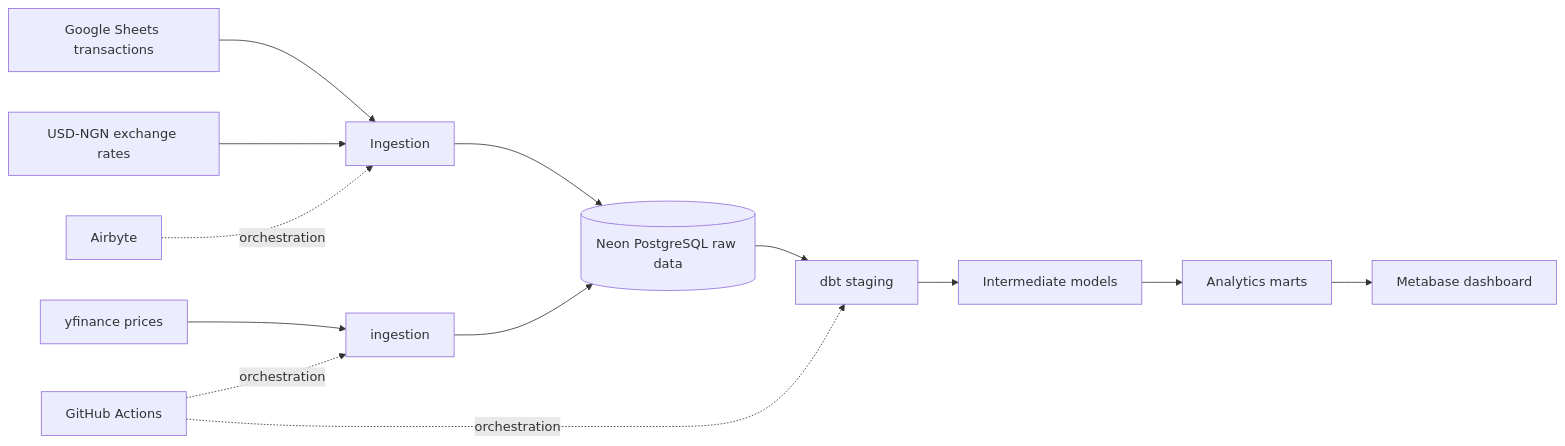
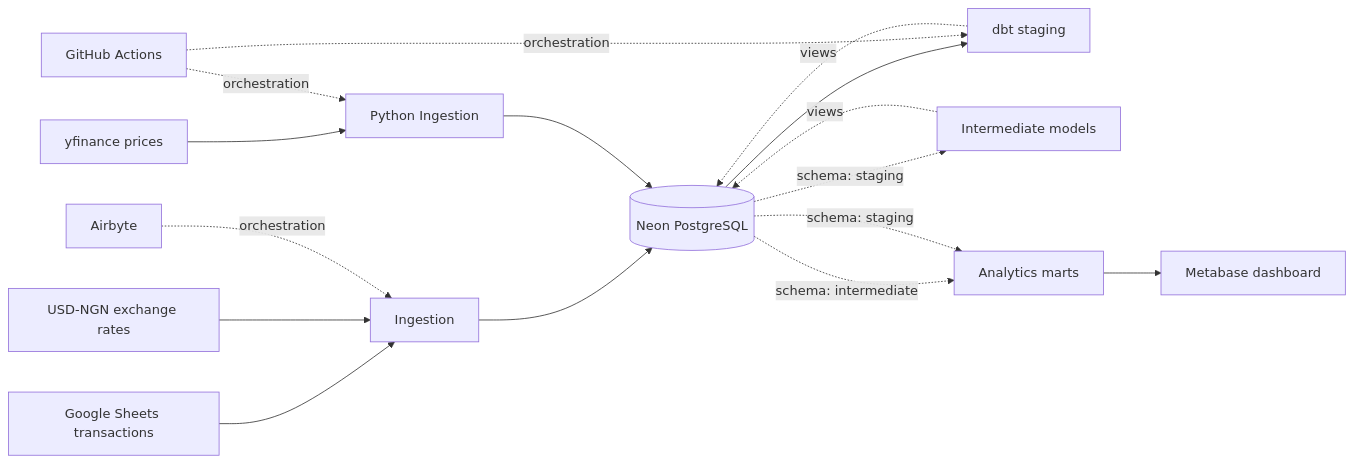
Before and after one commit to Isaac-Inyang/Portfolio-Pulse: the diagram in README.md, drawn with Mermaid. The commit also changed other lines of this file and 2 other files, not shown here.

````diff
--- a/README.md
+++ b/README.md
@@ -18,15 +22,18 @@
 ```mermaid
 flowchart LR
  A[Google Sheets transactions] --> D[Ingestion]
- B[yfinance prices] --> E[ingestion]
+ B[yfinance prices] --> E[Python Ingestion]
  C[USD-NGN exchange rates] --> D
- D --> F[(Neon PostgreSQL raw data)]
+ D --> F[(Neon PostgreSQL)]
  E --> F
  F --> G[dbt staging]
- G --> H[Intermediate models]
- H --> I[Analytics marts]
+ G -. views .-> F 
+ F -. schema: staging .-> H[Intermediate models]
+ H -. views .-> F
+ F -. schema: intermediate .-> I[Analytics marts]
+ F -. schema: staging .-> I
  I --> J[Metabase dashboard]
  K[GitHub Actions] -. orchestration .-> E
  K -. orchestration .-> G
  L[Airbyte] -. orchestration .-> D
 ```
````
